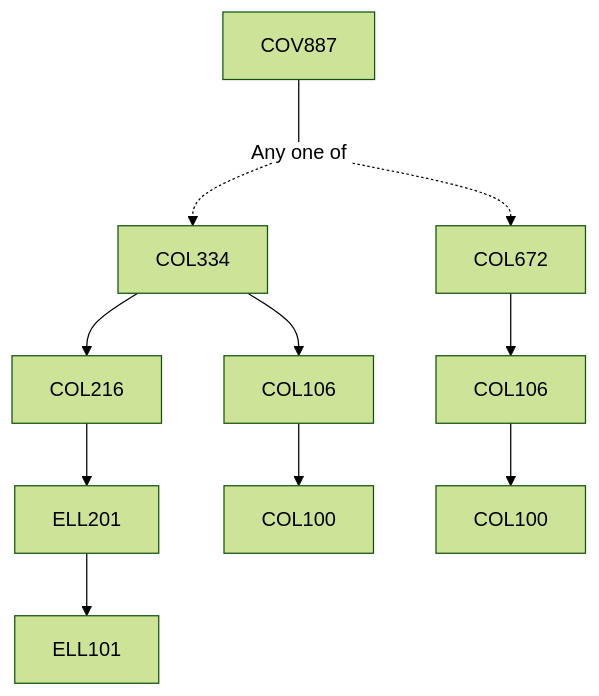
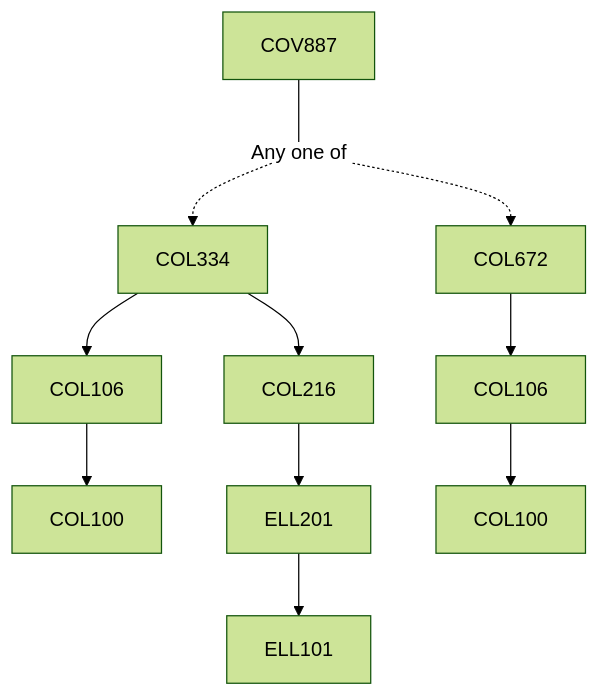
One commit to KeshavBansal0122/CoS_Website changed the diagram in content/Computer Science and Engineering/COV887.md. Above: the diagram before and after it, drawn with Mermaid (forest theme). The commit also changed other lines of this file and 2662 other files, not shown here.

````diff
--- a/content/Computer Science and Engineering/COV887.md
+++ b/content/Computer Science and Engineering/COV887.md
@@ -13,17 +13,17 @@
 ```mermaid
 flowchart TD
 COV887-1357[COV887]
 COV887-1357 --- Or1358[Any one of]:::empty
+COL334-1359 --> COL106-1359[COL106]
+COL334-1359 --> COL216-1359[COL216]
+COL106-1359 --> COL100-1359[COL100]
+Or1358 -.-> COL334-1359[COL334]
 COL216-1359 --> ELL201-1359[ELL201]
-COL106-1359 --> COL100-1359[COL100]
-COL334-1359 --> COL106-1359[COL106]
 ELL201-1359 --> ELL101-1359[ELL101]
-Or1358 -.-> COL334-1359[COL334]
-COL334-1359 --> COL216-1359[COL216]
+COL672-1360 --> COL106-1360[COL106]
 COL106-1360 --> COL100-1360[COL100]
-COL672-1360 --> COL106-1360[COL106]
 Or1358 -.-> COL672-1360[COL672]
 
 classDef empty height:17px, fill:transparent, stroke:transparent;
 classDef trueEmpty height:0px, width:0px;
 ```
````
